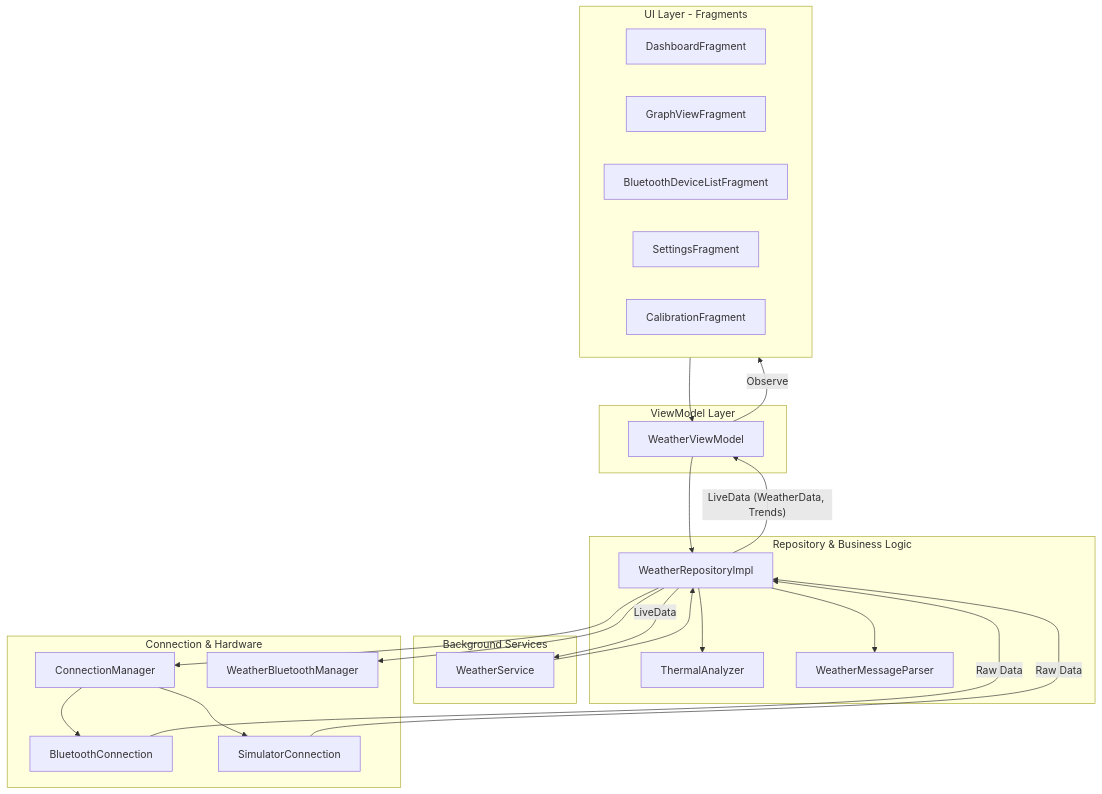
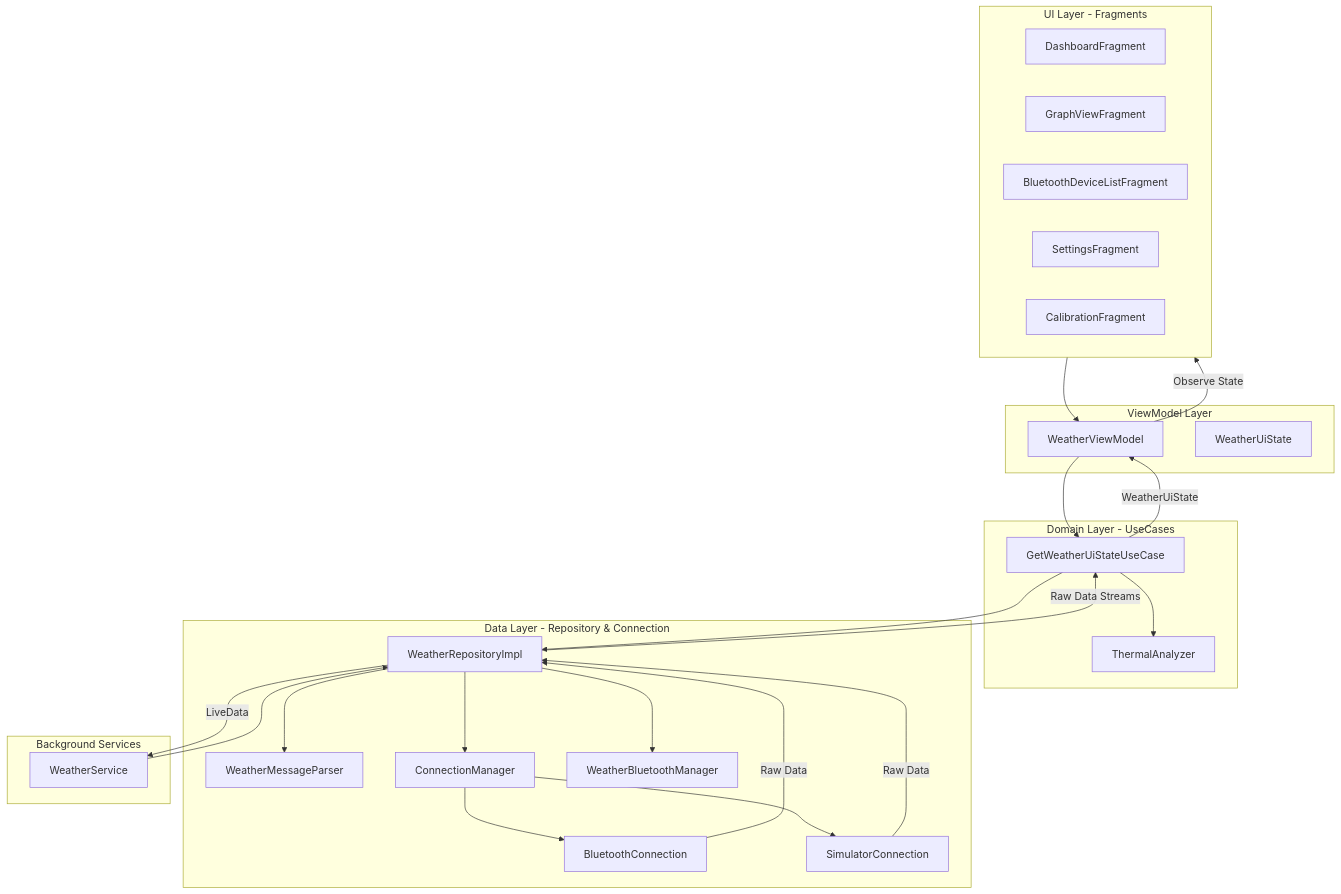
One commit to Kresshy/Weather-Station changed the diagram in ARCHITECTURE.md. Above: the diagram before and after it, drawn with Mermaid. The commit also changed other lines of this file, not shown here.

Commit message:
Docs: Update ARCHITECTURE.md to reflect UseCase and UDF refactor

````diff
--- a/ARCHITECTURE.md
+++ b/ARCHITECTURE.md
@@ -9,49 +9,53 @@
 ```mermaid
 graph TD
     subgraph UI_Layer [UI Layer - Fragments]
         DF[DashboardFragment]
         GVF[GraphViewFragment]
         BDLF[BluetoothDeviceListFragment]
         SF[SettingsFragment]
         CF[CalibrationFragment]
     end
 
     subgraph ViewModel_Layer [ViewModel Layer]
         WVM[WeatherViewModel]
+        WUS[WeatherUiState]
     end
 
-    subgraph Domain_Layer [Repository & Business Logic]
+    subgraph Domain_Layer [Domain Layer - UseCases]
+        GWUS[GetWeatherUiStateUseCase]
+        TA[ThermalAnalyzer]
+    end
+
+    subgraph Data_Layer [Data Layer - Repository & Connection]
         WRI[WeatherRepositoryImpl]
-        TA[ThermalAnalyzer]
         WMP[WeatherMessageParser]
+        CM[ConnectionManager]
+        WBM[WeatherBluetoothManager]
+        BC[BluetoothConnection]
+        SC[SimulatorConnection]
     end
 
     subgraph Service_Layer [Background Services]
         WS[WeatherService]
     end
 
-    subgraph Data_Layer [Connection & Hardware]
-        CM[ConnectionManager]
-        WBM[WeatherBluetoothManager]
-        BC[BluetoothConnection]
-        SC[SimulatorConnection]
-    end
-
     %% Component Interactions
     UI_Layer --> WVM
-    WVM --> WRI
+    WVM --> GWUS
+    GWUS --> WRI
+    GWUS --> TA
     WS --> WRI
     WRI --> CM
     WRI --> WBM
-    WRI --> TA
     WRI --> WMP
     CM --> BC
     CM --> SC
 
-    %% Data Flow (LiveData)
-    WRI -- "LiveData (WeatherData, Trends)" --> WVM
-    WVM -- "Observe" --> UI_Layer
+    %% Data Flow (LiveData / UDF)
+    WRI -- "Raw Data Streams" --> GWUS
+    GWUS -- "WeatherUiState" --> WVM
+    WVM -- "Observe State" --> UI_Layer
     WRI -- "LiveData" --> WS
     BC -- "Raw Data" --> WRI
     SC -- "Raw Data" --> WRI
 ```
````
